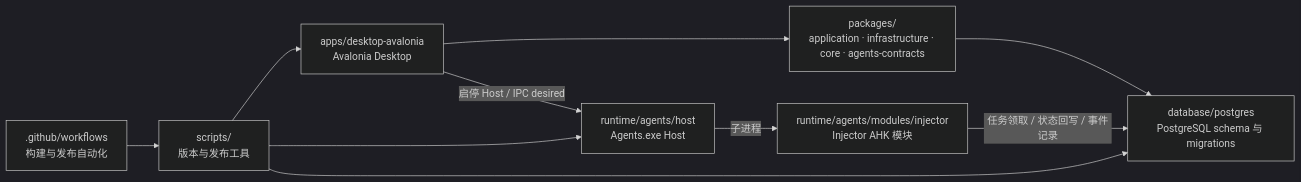
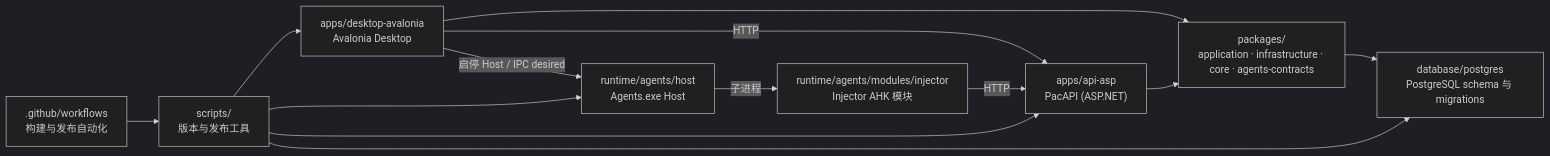
The diagram in README.zh-CN.md (pacmandoh/pactoolkits), drawn with Mermaid (dark theme) before and after one commit. The commit also changed other lines of this file and 16 other files, not shown here.

Commit message:
docs: document HTTP-only Desktop and `minApiContract` module bounds

````diff
--- a/README.zh-CN.md
+++ b/README.zh-CN.md
@@ -87,20 +88,24 @@
 ```mermaid
 flowchart LR
     DESKTOP["apps/desktop-avalonia\nAvalonia Desktop"]
+    API["apps/api-asp\nPacAPI (ASP.NET)"]
     PKG["packages/\napplication · infrastructure · core · agents-contracts"]
     HOST["runtime/agents/host\nAgents.exe Host"]
     INJ["runtime/agents/modules/injector\nInjector AHK 模块"]
     DB["database/postgres\nPostgreSQL schema 与 migrations"]
     SCRIPTS["scripts/\n版本与发布工具"]
     CI[".github/workflows\n构建与发布自动化"]
 
     DESKTOP --> PKG
+    DESKTOP -->|HTTP| API
     DESKTOP -->|启停 Host / IPC desired| HOST
     HOST -->|子进程| INJ
-    INJ -->|任务领取 / 状态回写 / 事件记录| DB
+    INJ -->|HTTP| API
+    API --> PKG
     PKG --> DB
     SCRIPTS --> DESKTOP
     SCRIPTS --> HOST
+    SCRIPTS --> API
     SCRIPTS --> DB
     CI --> SCRIPTS
 ```
````
